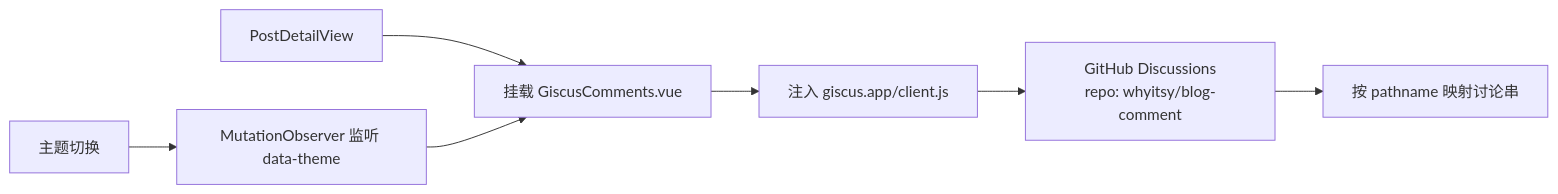
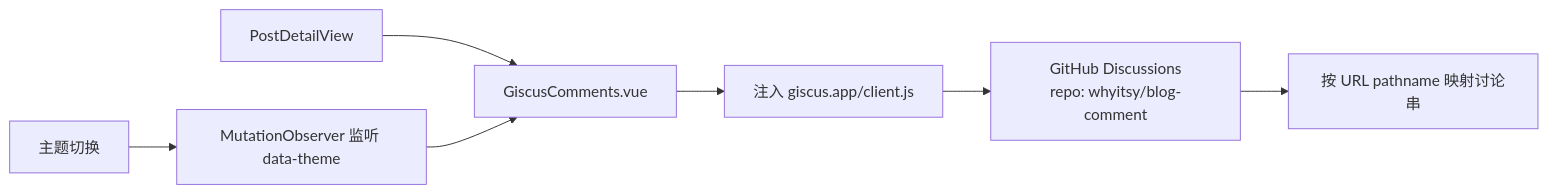
The eighth of 12 diagrams in docs/business.md (whyitsy/blog-CI-CD), drawn with Mermaid before and after one commit. The commit also changed other lines of this file and 12 other files, not shown here.

````diff
--- a/docs/business.md
+++ b/docs/business.md
@@ -172,8 +352,8 @@
 ```mermaid
 flowchart LR
-  A[PostDetailView] --> B[挂载 GiscusComments.vue]
-  B --> C[注入 giscus.app/client.js]
-  C --> D[GitHub Discussions<br/>repo: whyitsy/blog-comment]
-  D --> E[按 pathname 映射讨论串]
-  F[主题切换] --> G[MutationObserver 监听 data-theme] --> B
+  A["PostDetailView"] --> B["GiscusComments.vue"]
+  B --> C["注入 giscus.app/client.js"]
+  C --> D["GitHub Discussions<br/>repo: whyitsy/blog-comment"]
+  D --> E["按 URL pathname 映射讨论串"]
+  F["主题切换"] --> G["MutationObserver 监听 data-theme"] --> B
 ```
````
